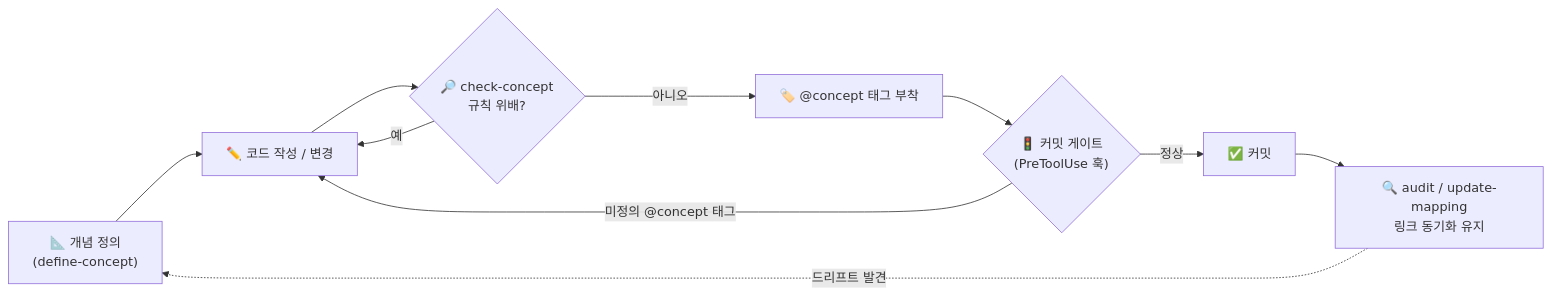
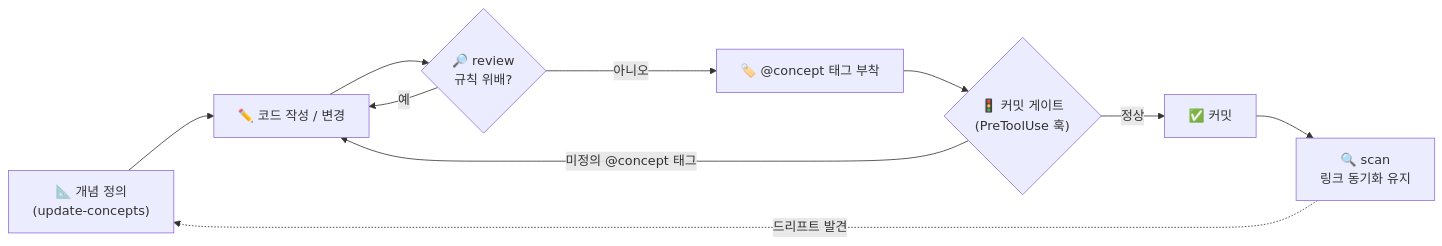
One commit to hinyc/Conceptpowers changed the diagram in README.ko.md. Above: the diagram before and after it, drawn with Mermaid. The commit also changed other lines of this file and 60 other files, not shown here.

First line of the commit message:
refactor(skills): 스킬 11개 → 5개로 재정의 (init / auto / scan / review / update-concepts)

````diff
--- a/README.ko.md
+++ b/README.ko.md
@@ -126,12 +126,12 @@
 ```mermaid
 flowchart LR
-    A["📐 개념 정의<br/>(define-concept)"] --> B["✏️ 코드 작성 / 변경"]
-    B --> C{"🔎 check-concept<br/>규칙 위배?"}
+    A["📐 개념 정의<br/>(update-concepts)"] --> B["✏️ 코드 작성 / 변경"]
+    B --> C{"🔎 review<br/>규칙 위배?"}
     C -- "예" --> B
     C -- "아니오" --> D["🏷️ @concept 태그 부착"]
     D --> E{"🚦 커밋 게이트<br/>(PreToolUse 훅)"}
     E -- "미정의 @concept 태그" --> B
     E -- "정상" --> F["✅ 커밋"]
-    F --> G["🔍 audit / update-mapping<br/>링크 동기화 유지"]
+    F --> G["🔍 scan<br/>링크 동기화 유지"]
     G -. "드리프트 발견" .-> A
 ```
````
